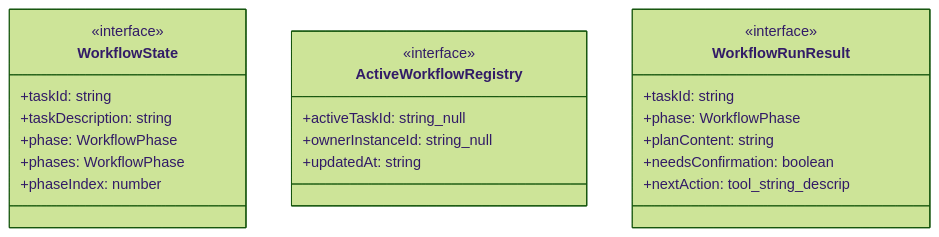
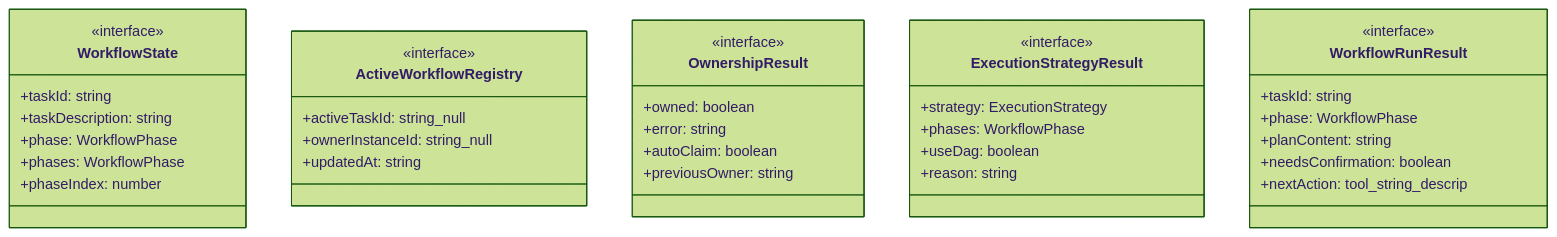
Before and after one commit to Mekann2904/mekann: diagram 17 of 20 in ABDD/.pi/extensions/ul-workflow.md, drawn with Mermaid (forest theme). The commit also changed other lines of this file and 189 other files, not shown here.

````diff
--- a/ABDD/.pi/extensions/ul-workflow.md
+++ b/ABDD/.pi/extensions/ul-workflow.md
@@ -656,25 +1049,39 @@
 ```mermaid
 classDiagram
   class WorkflowState {
     <<interface>>
     +taskId: string
     +taskDescription: string
     +phase: WorkflowPhase
     +phases: WorkflowPhase
     +phaseIndex: number
   }
   class ActiveWorkflowRegistry {
     <<interface>>
     +activeTaskId: string_null
     +ownerInstanceId: string_null
     +updatedAt: string
   }
+  class OwnershipResult {
+    <<interface>>
+    +owned: boolean
+    +error: string
+    +autoClaim: boolean
+    +previousOwner: string
+  }
+  class ExecutionStrategyResult {
+    <<interface>>
+    +strategy: ExecutionStrategy
+    +phases: WorkflowPhase
+    +useDag: boolean
+    +reason: string
+  }
   class WorkflowRunResult {
     <<interface>>
     +taskId: string
     +phase: WorkflowPhase
     +planContent: string
     +needsConfirmation: boolean
     +nextAction: tool_string_descrip
   }
 ```
````
